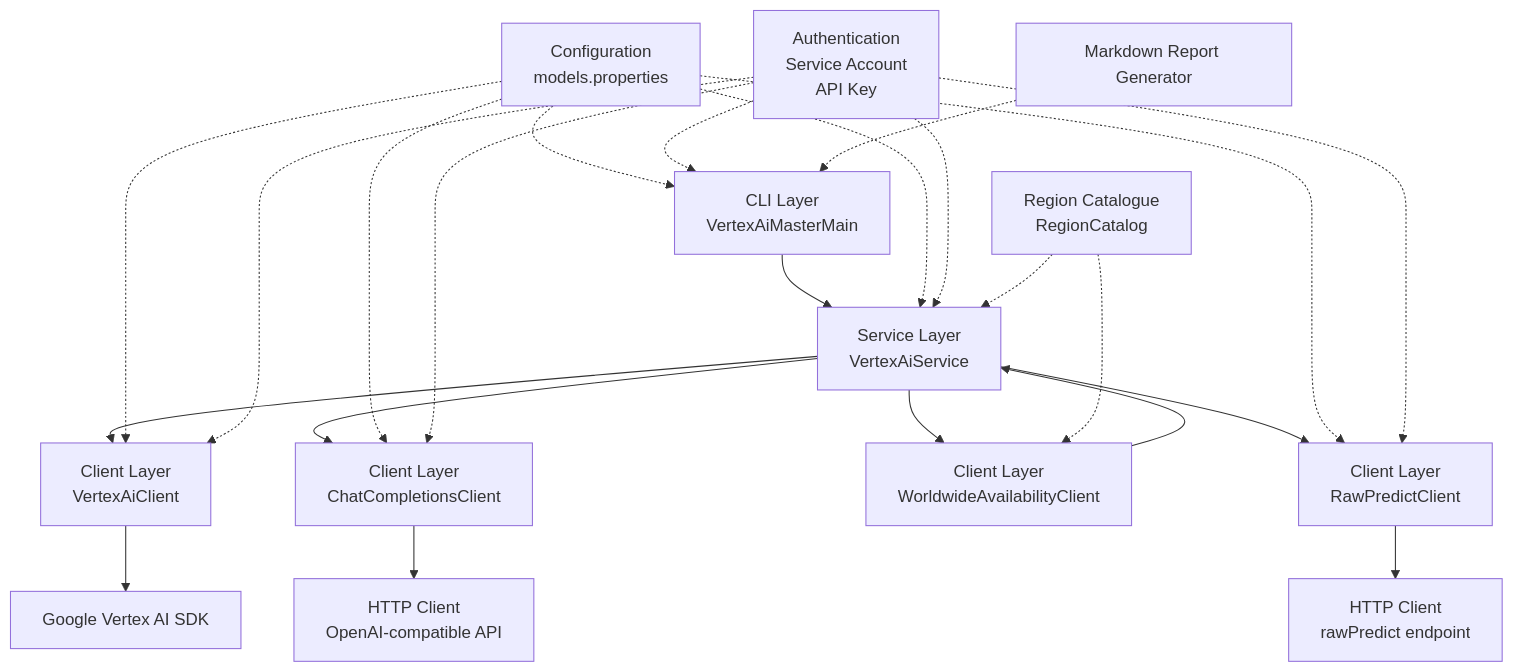
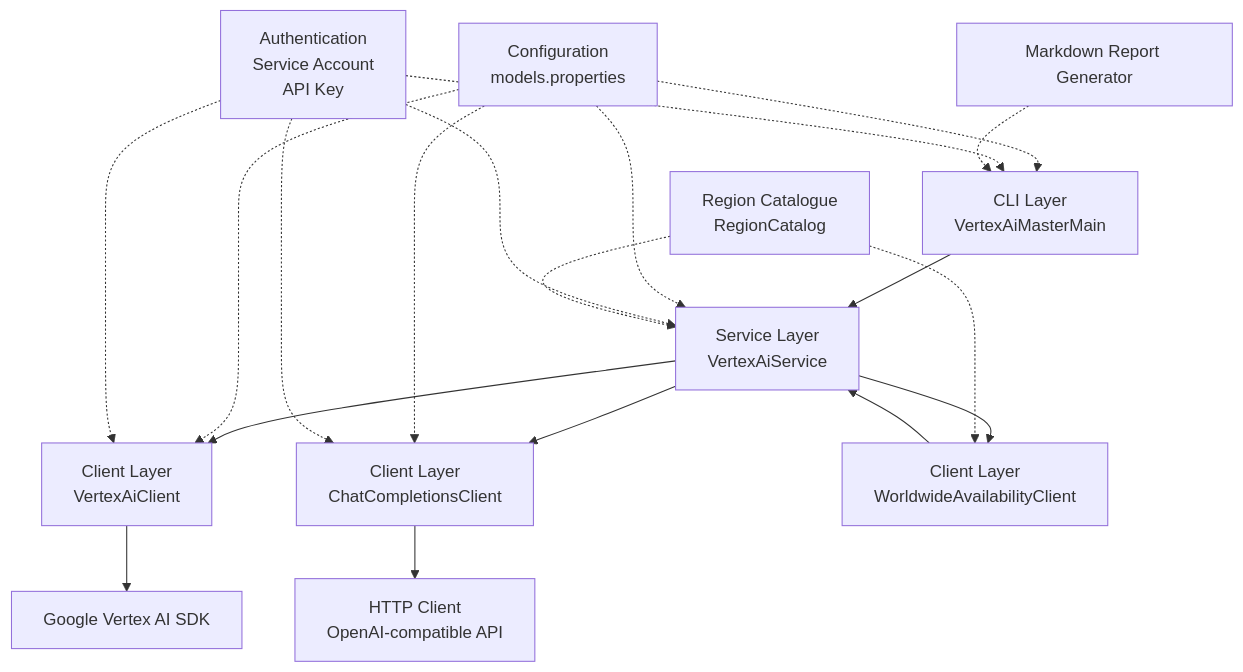
One commit to ai-super-diamond/vertex-ai-master changed the diagram in docs/ARCHITECTURE.md. Above: the diagram before and after it, drawn with Mermaid. The commit also changed other lines of this file and 25 other files, not shown here.

````diff
--- a/docs/ARCHITECTURE.md
+++ b/docs/ARCHITECTURE.md
@@ -15,25 +14,21 @@
 ```mermaid
 graph TB
     A[CLI Layer<br/>VertexAiMasterMain] --> B[Service Layer<br/>VertexAiService]
     B --> C[Client Layer<br/>VertexAiClient]
     B --> D[Client Layer<br/>ChatCompletionsClient]
     B --> E[Client Layer<br/>WorldwideAvailabilityClient]
-    B --> F[Client Layer<br/>RawPredictClient]
     C --> G[Google Vertex AI SDK]
     D --> H[HTTP Client<br/>OpenAI‑compatible API]
-    F --> I[HTTP Client<br/>rawPredict endpoint]
     E --> B
     J[Configuration<br/>models.properties] -.-> A
     J -.-> B
     J -.-> C
     J -.-> D
-    J -.-> F
     K[Authentication<br/>Service Account<br/>API Key] -.-> A
     K -.-> B
     K -.-> C
     K -.-> D
-    K -.-> F
     L[Region Catalogue<br/>RegionCatalog] -.-> B
     L -.-> E
     M[Markdown Report Generator] -.-> A
 ```
````
